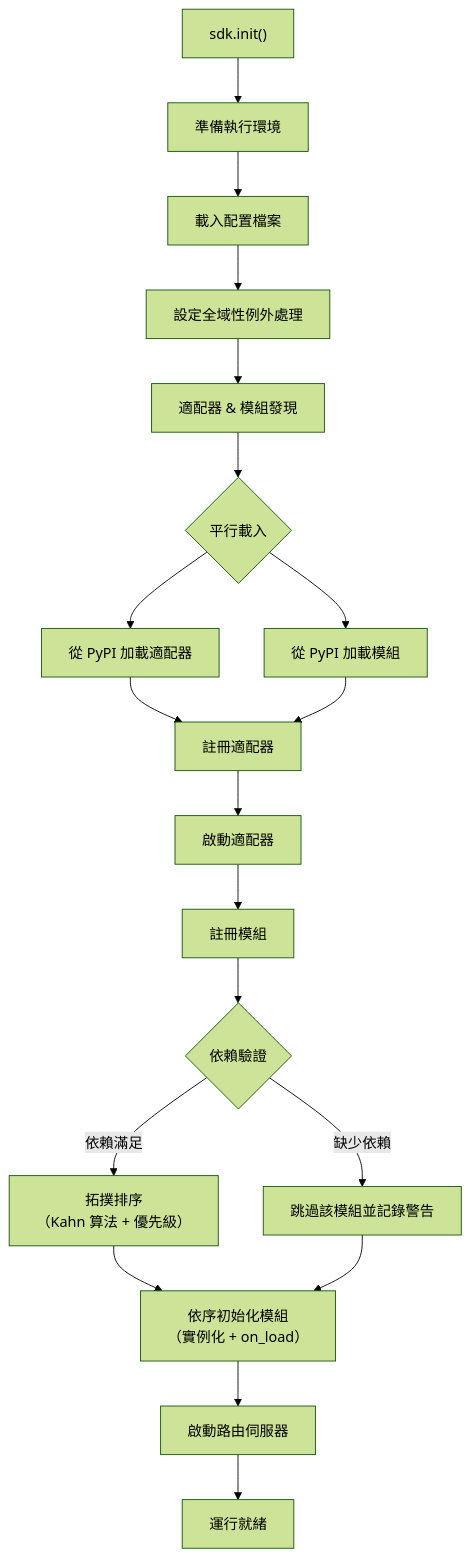
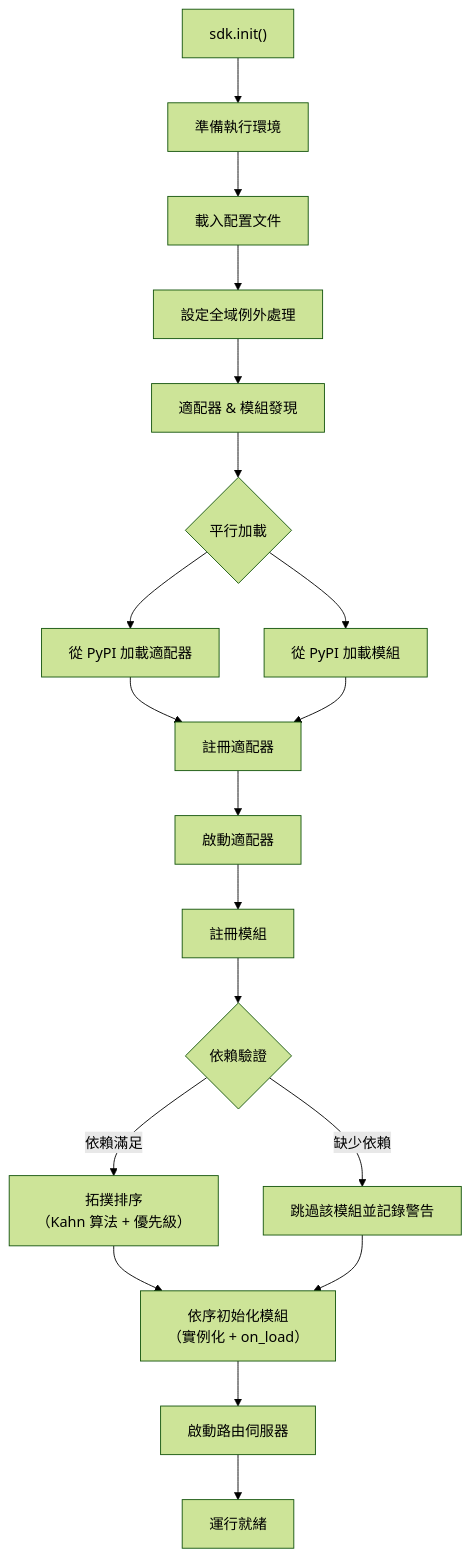
Before and after one commit to ErisPulse/ErisPulse: the second of 9 diagrams in docs/zh-TW/architecture.md, drawn with Mermaid (forest theme). The commit also changed other lines of this file and 622 other files, not shown here.

````diff
--- a/docs/zh-TW/architecture.md
+++ b/docs/zh-TW/architecture.md
@@ -59,20 +59,20 @@
 ```mermaid
 flowchart TD
     A["sdk.init()"] --> B["準備執行環境"]
-    B --> B1["載入配置檔案"]
-    B1 --> B2["設定全域性例外處理"]
+    B --> B1["載入配置文件"]
+    B1 --> B2["設定全域例外處理"]
     B2 --> C["適配器 & 模組發現"]
-    C --> D{"平行載入"}
+    C --> D{"平行加載"}
     D --> D1["從 PyPI 加載適配器"]
     D --> D2["從 PyPI 加載模組"]
     D1 & D2 --> E["註冊適配器"]
     E --> E1["啟動適配器"]
     E1 --> F["註冊模組"]
     F --> F1{"依賴驗證"}
     F1 -->|"缺少依賴"| F2["跳過該模組並記錄警告"]
     F1 -->|"依賴滿足"| F3["拓撲排序<br/>（Kahn 算法 + 優先級）"]
     F3 --> G["依序初始化模組<br/>（實例化 + on_load）"]
     F2 --> G
     G --> H["啟動路由伺服器"]
     H --> K["運行就緒"]
 ```
````
